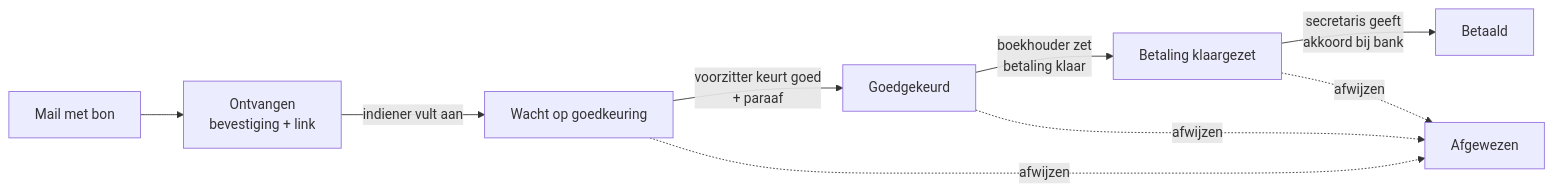
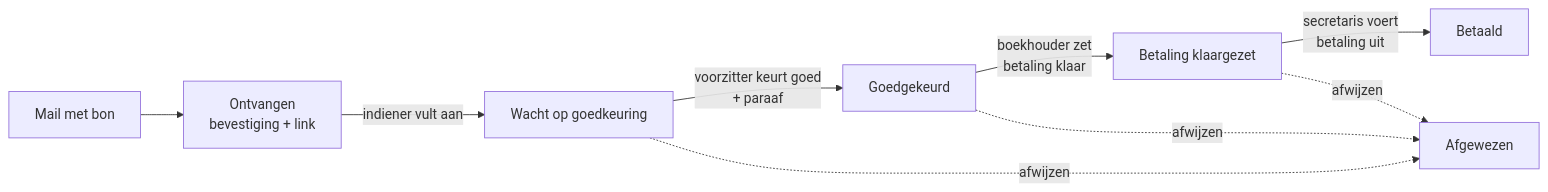
One commit to jip67/declaratietool changed the diagram in README.md. Above: the diagram before and after it, drawn with Mermaid. The commit also changed other lines of this file and 10 other files, not shown here.

First line of the commit message:
Secretaris-stap: 'betaling uitvoeren' in plaats van 'akkoord geven'

````diff
--- a/README.md
+++ b/README.md
@@ -20,9 +20,9 @@
 ```mermaid
 flowchart LR
     A[Mail met bon] --> B[Ontvangen<br/>bevestiging + link]
     B -->|indiener vult aan| C[Wacht op goedkeuring]
     C -->|voorzitter keurt goed<br/>+ paraaf| D[Goedgekeurd]
     D -->|boekhouder zet<br/>betaling klaar| E[Betaling klaargezet]
-    E -->|secretaris geeft<br/>akkoord bij bank| F[Betaald]
+    E -->|secretaris voert<br/>betaling uit| F[Betaald]
     C & D & E -.->|afwijzen| X[Afgewezen]
 ```
````
